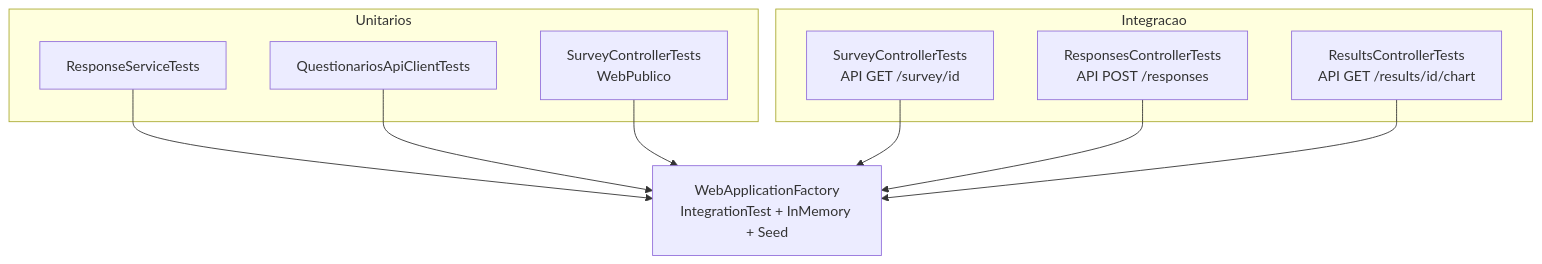
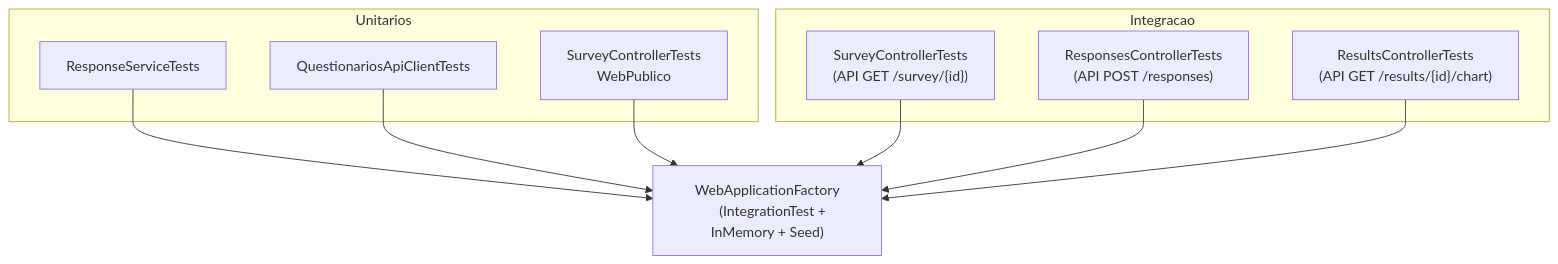
Before and after one commit to cleversantoro/QuestionariosOnline: the diagram in doc/tests.mmd, drawn with Mermaid. The commit also changed 49 other files, not shown here.

```diff
--- a/doc/tests.mmd
+++ b/doc/tests.mmd
@@ -1,21 +1,28 @@
 flowchart TD
-    infra[WebApplicationFactory\nIntegrationTest + InMemory + Seed]
+    infra["WebApplicationFactory
+    (IntegrationTest + InMemory + Seed)"]
 
     subgraph Unitarios
         u1[ResponseServiceTests]
-        u2[QuestionariosApiClientTests]
-        u3[SurveyControllerTests\nWebPublico]
+        u2["QuestionariosApiClientTests"]
+        u3["SurveyControllerTests
+            WebPublico"]
     end
 
     subgraph Integracao
-        i1[SurveyControllerTests\nAPI GET /survey/id]
-        i2[ResponsesControllerTests\nAPI POST /responses]
-        i3[ResultsControllerTests\nAPI GET /results/id/chart]
+        i1["SurveyControllerTests
+            (API GET /survey/{id})"]
+        
+        i2["ResponsesControllerTests 
+        (API POST /responses)"]
+        
+        i3["ResultsControllerTests 
+        (API GET /results/{id}/chart)"]
     end
 
     u1 --> infra
     u2 --> infra
     u3 --> infra
     i1 --> infra
     i2 --> infra
     i3 --> infra
```
